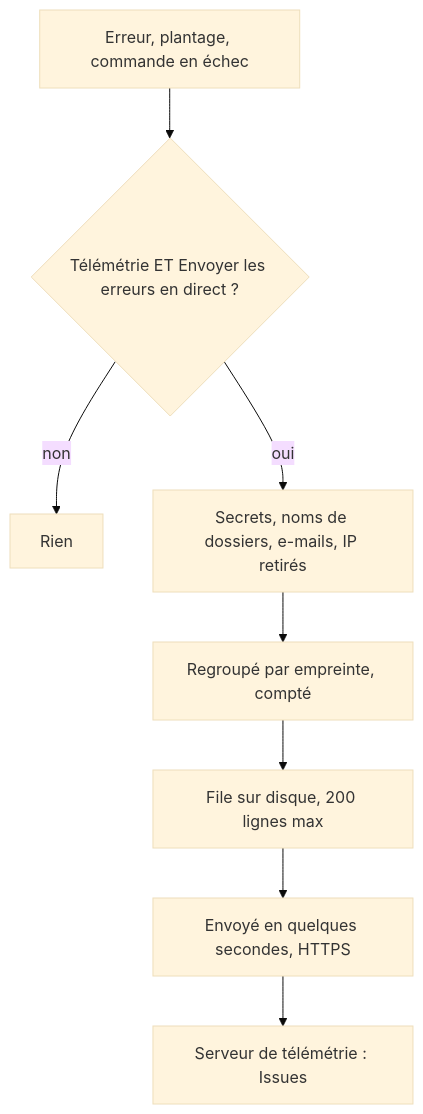
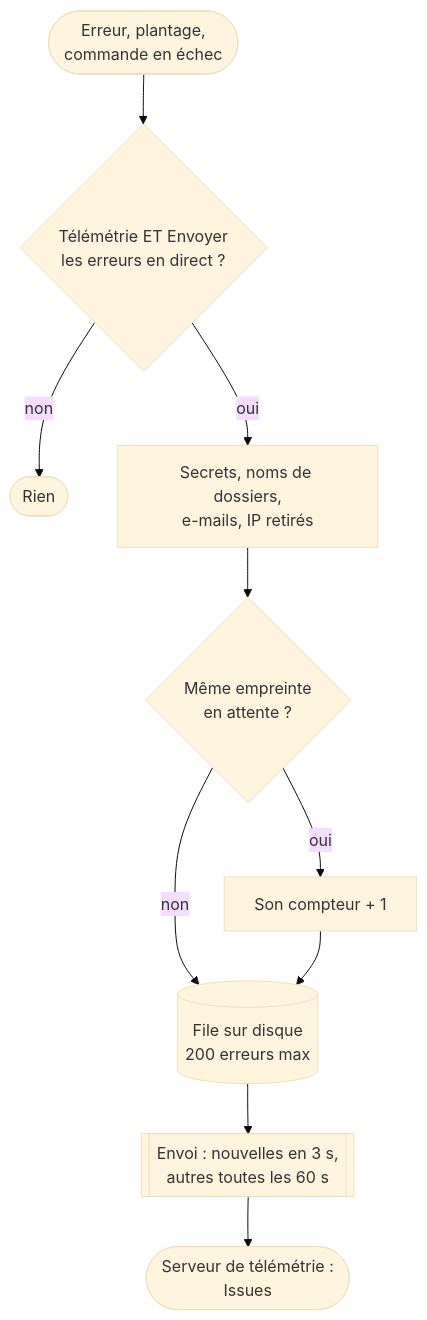
The second of 3 diagrams in frontend/assets/docs/fr/features/privacy-telemetry.md (FreeProject089/BetterModsManager), drawn with Mermaid (base theme) before and after one commit. The commit also changed other lines of this file and 176 other files, not shown here.

````diff
--- a/frontend/assets/docs/fr/features/privacy-telemetry.md
+++ b/frontend/assets/docs/fr/features/privacy-telemetry.md
@@ -132,10 +132,12 @@
 ```mermaid
-graph TD
-    ERR["Erreur, plantage, commande en échec"] --> SWITCH{"Télémétrie ET Envoyer les erreurs en direct ?"}
-    SWITCH -- non --> DROP["Rien"]
-    SWITCH -- oui --> CLEAN["Secrets, noms de dossiers, e-mails, IP retirés"]
-    CLEAN --> GROUP["Regroupé par empreinte, compté"]
-    GROUP --> DISK["File sur disque, 200 lignes max"]
-    DISK --> SEND["Envoyé en quelques secondes, HTTPS"]
-    SEND --> SERVER["Serveur de télémétrie : Issues"]
+flowchart TD
+    ERR(["Erreur, plantage,<br/>commande en échec"]) --> SWITCH{"Télémétrie ET Envoyer<br/>les erreurs en direct ?"}
+    SWITCH -- "non" --> DROP(["Rien"])
+    SWITCH -- "oui" --> CLEAN["Secrets, noms de dossiers,<br/>e-mails, IP retirés"]
+    CLEAN --> SEEN{"Même empreinte<br/>en attente ?"}
+    SEEN -- "oui" --> COUNT["Son compteur + 1"]
+    SEEN -- "non" --> QUEUE[("File sur disque<br/>200 erreurs max")]
+    COUNT --> QUEUE
+    QUEUE --> SEND[["Envoi : nouvelles en 3 s,<br/>autres toutes les 60 s"]]
+    SEND --> SERVER(["Serveur de télémétrie :<br/>Issues"])
 ```
````
